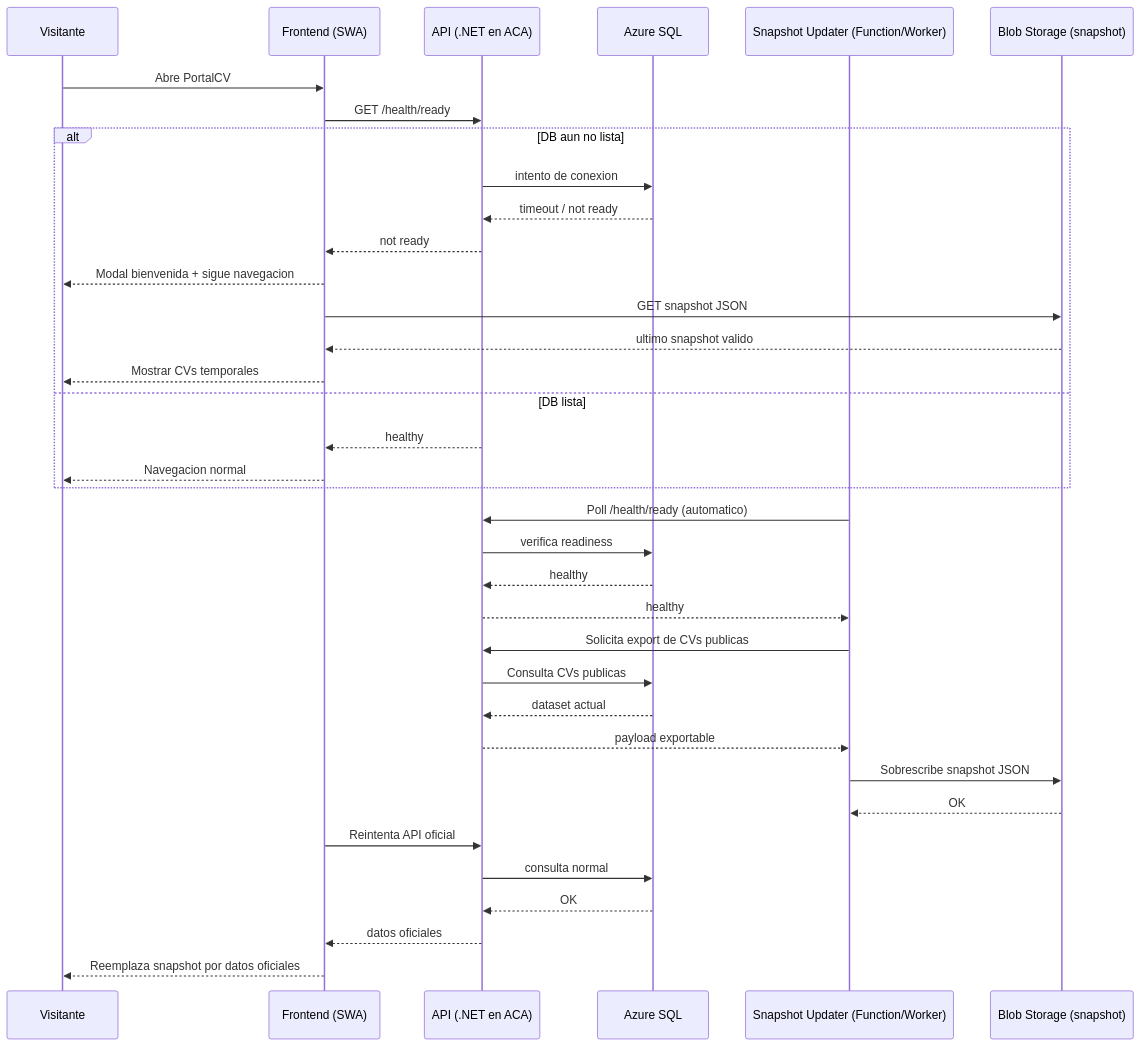
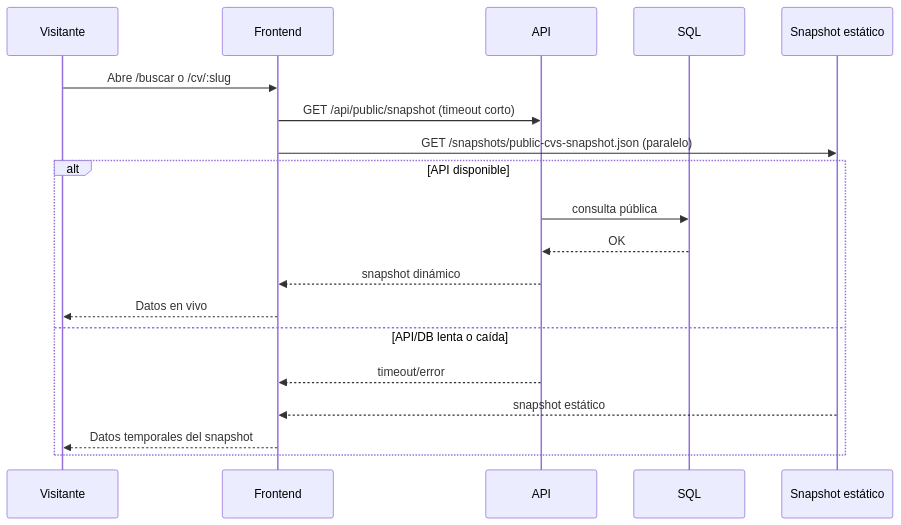
One commit to maomauro/Curriculum-Vitae-Web changed the diagram in docs/arquitectura/Snapshot-JSON-ColdStart.md. Above: the diagram before and after it, drawn with Mermaid. The commit also changed other lines of this file and 44 other files, not shown here.

First line of the commit message:
feat(snapshot): move static export to SQL-backed workflow

````diff
--- a/docs/arquitectura/Snapshot-JSON-ColdStart.md
+++ b/docs/arquitectura/Snapshot-JSON-ColdStart.md
@@ -24,41 +26,22 @@
 ```mermaid
 sequenceDiagram
     participant V as Visitante
-    participant F as Frontend (SWA)
-    participant A as API (.NET en ACA)
-    participant D as Azure SQL
-    participant J as Snapshot Updater (Function/Worker)
-    participant B as Blob Storage (snapshot)
+    participant F as Frontend
+    participant A as API
+    participant D as SQL
+    participant S as Snapshot estático
 
-    V->>F: Abre PortalCV
-    F->>A: GET /health/ready
-    alt DB aun no lista
-        A->>D: intento de conexion
-        D-->>A: timeout / not ready
-        A-->>F: not ready
-        F-->>V: Modal bienvenida + sigue navegacion
-        F->>B: GET snapshot JSON
-        B-->>F: ultimo snapshot valido
-        F-->>V: Mostrar CVs temporales
-    else DB lista
-        A-->>F: healthy
-        F-->>V: Navegacion normal
+    V->>F: Abre /buscar o /cv/:slug
+    F->>A: GET /api/public/snapshot (timeout corto)
+    F->>S: GET /snapshots/public-cvs-snapshot.json (paralelo)
+    alt API disponible
+        A->>D: consulta pública
+        D-->>A: OK
+        A-->>F: snapshot dinámico
+        F-->>V: Datos en vivo
+    else API/DB lenta o caída
+        A-->>F: timeout/error
+        S-->>F: snapshot estático
+        F-->>V: Datos temporales del snapshot
     end
-
-    J->>A: Poll /health/ready (automatico)
-    A->>D: verifica readiness
-    D-->>A: healthy
-    A-->>J: healthy
-    J->>A: Solicita export de CVs publicas
-    A->>D: Consulta CVs publicas
-    D-->>A: dataset actual
-    A-->>J: payload exportable
-    J->>B: Sobrescribe snapshot JSON
-    B-->>J: OK
-
-    F->>A: Reintenta API oficial
-    A->>D: consulta normal
-    D-->>A: OK
-    A-->>F: datos oficiales
-    F-->>V: Reemplaza snapshot por datos oficiales
 ```
````
